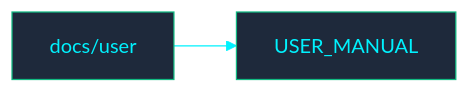
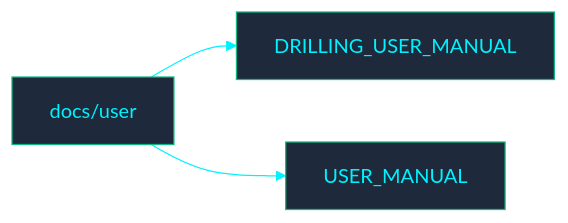
Before and after one commit to PATTANAKORN025/IMS: the diagram in docs/user/README.md, drawn with Mermaid. The commit also changed other lines of this file and 8 other files, not shown here.

Commit message:
docs: add comprehensive CNC drilling operational and engineering manual

````diff
--- a/docs/user/README.md
+++ b/docs/user/README.md
@@ -14,6 +14,7 @@
 ```mermaid
 %%{init: {'theme': 'base', 'themeVariables': { 'primaryColor': '#1e293b', 'primaryTextColor': '#00F2FE', 'primaryBorderColor': '#10B981', 'lineColor': '#00F2FE', 'secondaryColor': '#0f172a', 'tertiaryColor': '#0f172a', 'clusterBkg': '#030407', 'clusterBorder': '#00F2FE'}}}%%
 flowchart LR
   ROOT["docs/user"]
-  ROOT --> F0["USER_MANUAL"]
+  ROOT --> F0["DRILLING_USER_MANUAL"]
+  ROOT --> F1["USER_MANUAL"]
 ```
````
